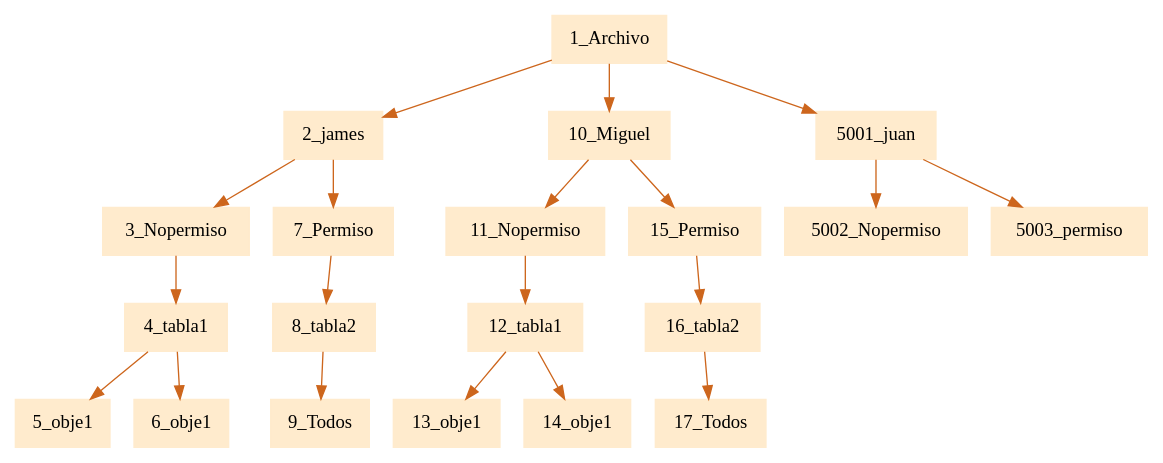
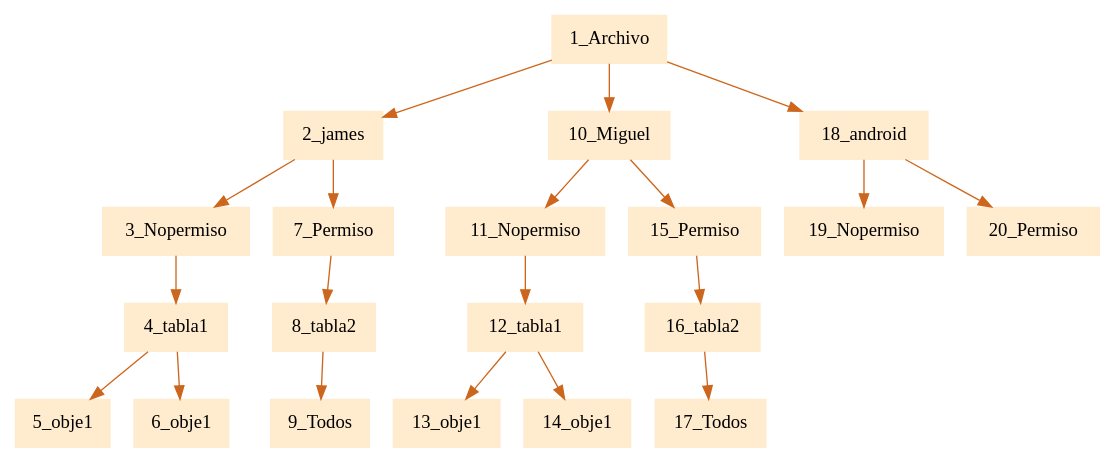
Before and after one commit to JamesMelgar/compi2javaccpr1: the diagram in pr1Compilarodores2/usu.dot, drawn with Graphviz. The commit also changed 12 other files, not shown here.

```diff
--- a/pr1Compilarodores2/usu.dot
+++ b/pr1Compilarodores2/usu.dot
@@ -1,5 +1,5 @@
 digraph G {node[shape=box, style=filled, color=blanchedalmond]; edge[color=chocolate3];rankdir=UD 
 
-"1_Archivo"->"2_james""2_james"->"3_Nopermiso""3_Nopermiso"->"4_tabla1""4_tabla1"->"5_obje1""4_tabla1"->"6_obje1""2_james"->"7_Permiso""7_Permiso"->"8_tabla2""8_tabla2"->"9_Todos""1_Archivo"->"10_Miguel""10_Miguel"->"11_Nopermiso""11_Nopermiso"->"12_tabla1""12_tabla1"->"13_obje1""12_tabla1"->"14_obje1""10_Miguel"->"15_Permiso""15_Permiso"->"16_tabla2""16_tabla2"->"17_Todos""1_Archivo"->"5001_juan""5001_juan"->"5002_Nopermiso""5001_juan"->"5003_permiso"
+"1_Archivo"->"2_james""2_james"->"3_Nopermiso""3_Nopermiso"->"4_tabla1""4_tabla1"->"5_obje1""4_tabla1"->"6_obje1""2_james"->"7_Permiso""7_Permiso"->"8_tabla2""8_tabla2"->"9_Todos""1_Archivo"->"10_Miguel""10_Miguel"->"11_Nopermiso""11_Nopermiso"->"12_tabla1""12_tabla1"->"13_obje1""12_tabla1"->"14_obje1""10_Miguel"->"15_Permiso""15_Permiso"->"16_tabla2""16_tabla2"->"17_Todos""1_Archivo"->"18_android""18_android"->"19_Nopermiso""18_android"->"20_Permiso"
 
 }
```
